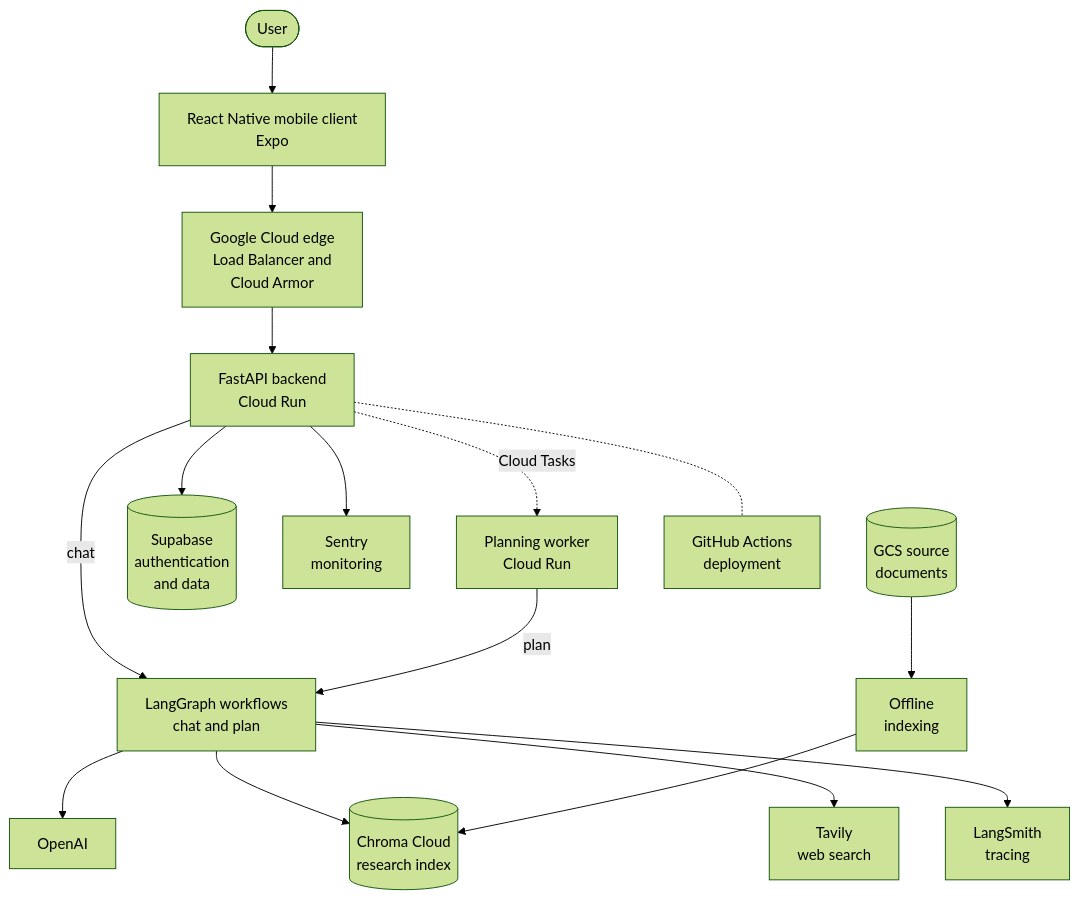
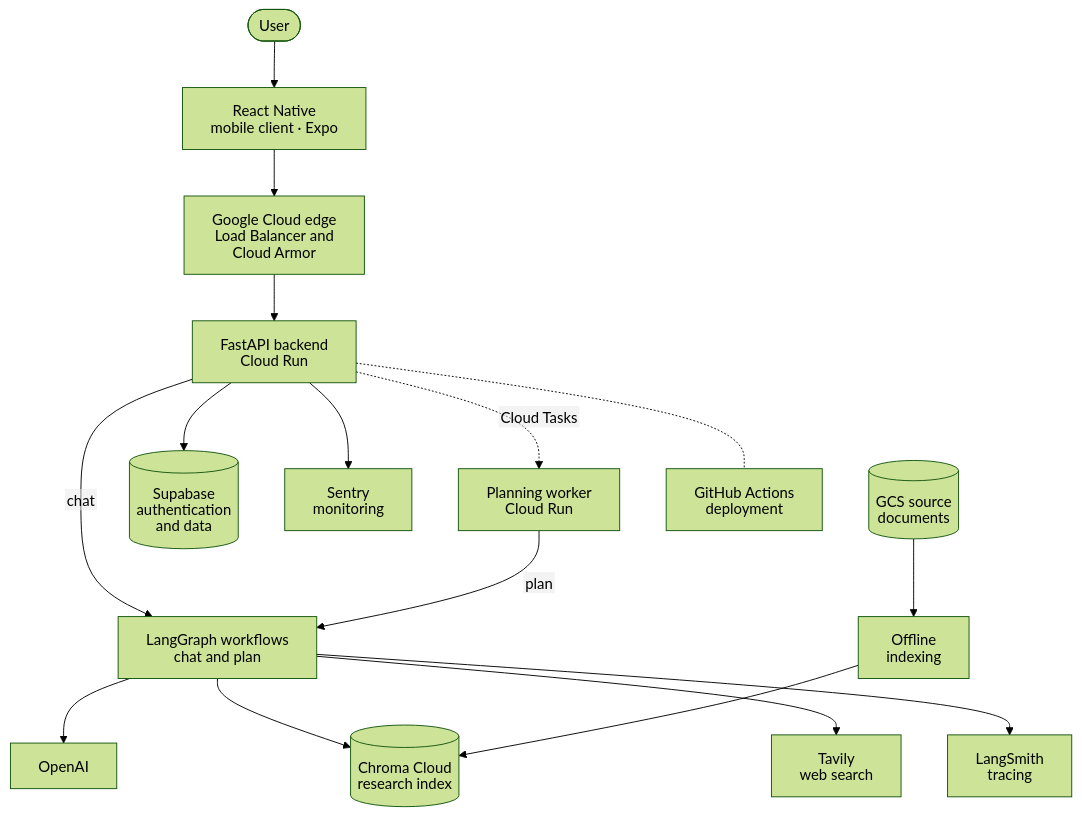
The first of 5 diagrams in README.md (xurichard19/strength-and-conditioning-rag), drawn with Mermaid (forest theme) before and after one commit. The commit also changed other lines of this file, not shown here.

First line of the commit message:
Clarify infrastructure diagrams in README

````diff
--- a/README.md
+++ b/README.md
@@ -25,18 +26,24 @@
 ```mermaid
+---
+config:
+  htmlLabels: false
+  flowchart:
+    htmlLabels: false
+---
 flowchart TB
-    User(["User"]) --> FE["React Native mobile client<br/>Expo"]
+    User(["User"]) --> FE["React Native<br/>mobile client · Expo"]
     FE --> Edge["Google Cloud edge<br/>Load Balancer and<br/>Cloud Armor"]
     Edge --> API["FastAPI backend<br/>Cloud Run"]
     API -->|chat| Workflows["LangGraph workflows<br/>chat and plan"]
     API -.->|Cloud Tasks| Worker["Planning worker<br/>Cloud Run"]
     Worker -->|plan| Workflows
     API --> Supabase[("Supabase<br/>authentication<br/>and data")]
     API --> Sentry["Sentry<br/>monitoring"]
     Workflows --> OpenAI["OpenAI"]
     Workflows --> Chroma[("Chroma Cloud<br/>research index")]
     Workflows --> SearchServices["Tavily<br/>web search"]
     Workflows --> LangSmith["LangSmith<br/>tracing"]
     Docs[("GCS source<br/>documents")] --> Index["Offline<br/>indexing"]
     Index --> Chroma
     API -.- ci["GitHub Actions<br/>deployment"]
 ```
````
